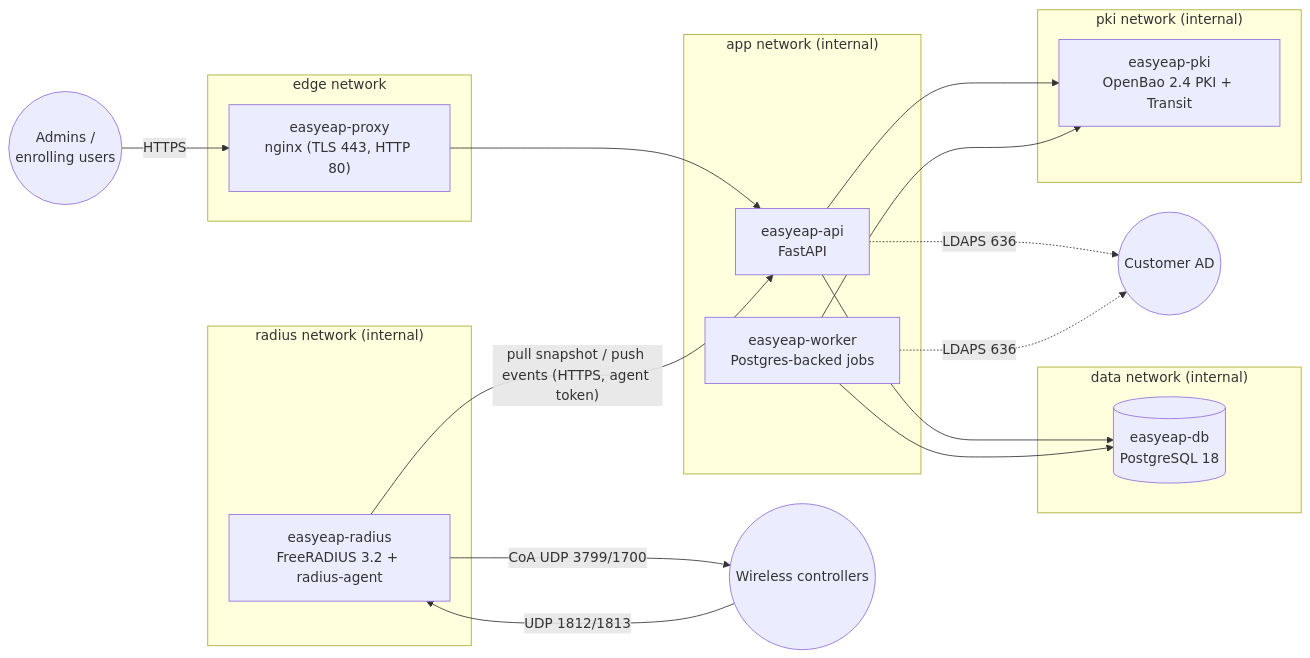
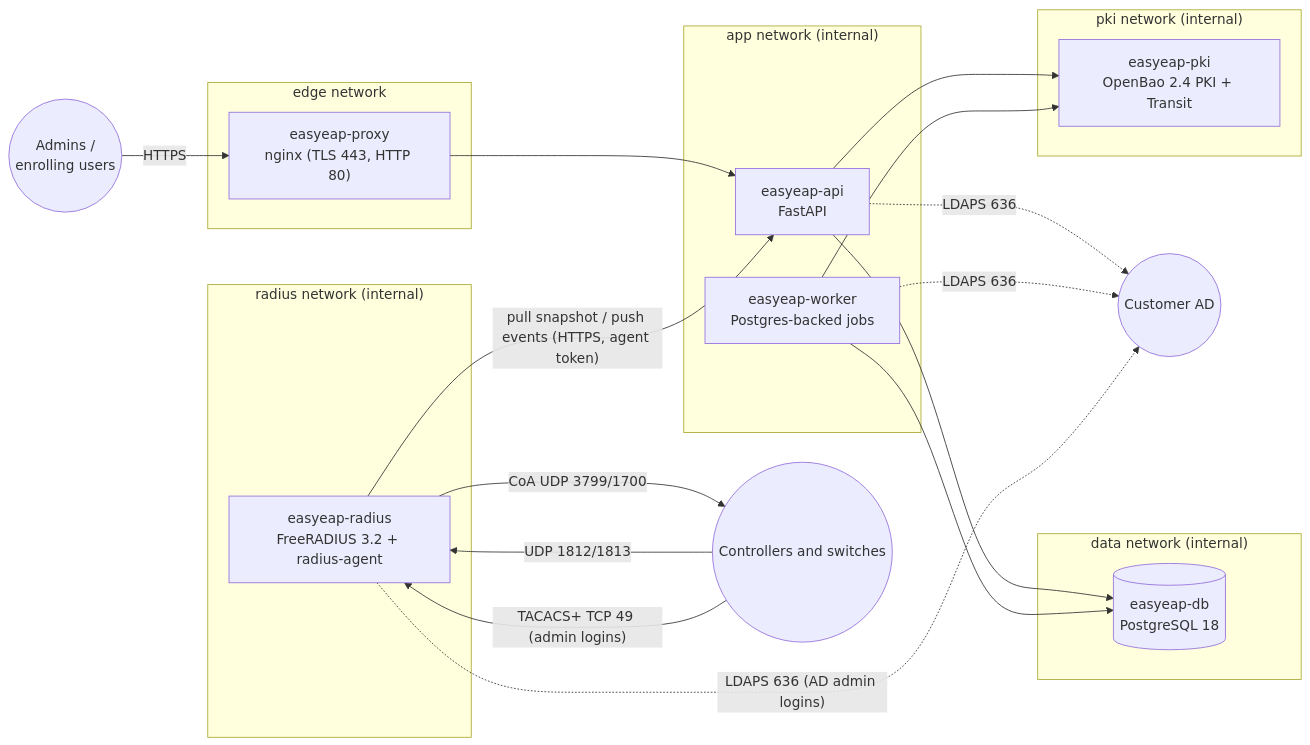
One commit to paulmataruso/EasyEAP changed the first of 3 diagrams in ARCHITECTURE.md. Above: the diagram before and after it, drawn with Mermaid. The commit also changed other lines of this file and 89 other files, not shown here.

````diff
--- a/ARCHITECTURE.md
+++ b/ARCHITECTURE.md
@@ -7,30 +7,32 @@
 ```mermaid
 flowchart LR
   subgraph edge["edge network"]
     proxy["easyeap-proxy<br/>nginx (TLS 443, HTTP 80)"]
   end
   subgraph app["app network (internal)"]
     api["easyeap-api<br/>FastAPI"]
     worker["easyeap-worker<br/>Postgres-backed jobs"]
   end
   subgraph data["data network (internal)"]
     db[("easyeap-db<br/>PostgreSQL 18")]
   end
   subgraph pki["pki network (internal)"]
     bao["easyeap-pki<br/>OpenBao 2.4 PKI + Transit"]
   end
   subgraph rad["radius network (internal)"]
     radius["easyeap-radius<br/>FreeRADIUS 3.2 + radius-agent"]
   end
   admin(("Admins /<br/>enrolling users")) -->|HTTPS| proxy
-  nas(("Wireless controllers")) -->|"UDP 1812/1813"| radius
+  nas(("Controllers and switches")) -->|"UDP 1812/1813"| radius
+  nas -->|"TACACS+ TCP 49 (admin logins)"| radius
   radius -->|"CoA UDP 3799/1700"| nas
   proxy --> api
   api --> db
   worker --> db
   api --> bao
   worker --> bao
   radius -->|"pull snapshot / push events (HTTPS, agent token)"| api
   api -.->|"LDAPS 636"| ad(("Customer AD"))
   worker -.->|"LDAPS 636"| ad
+  radius -.->|"LDAPS 636 (AD admin logins)"| ad
 ```
````
